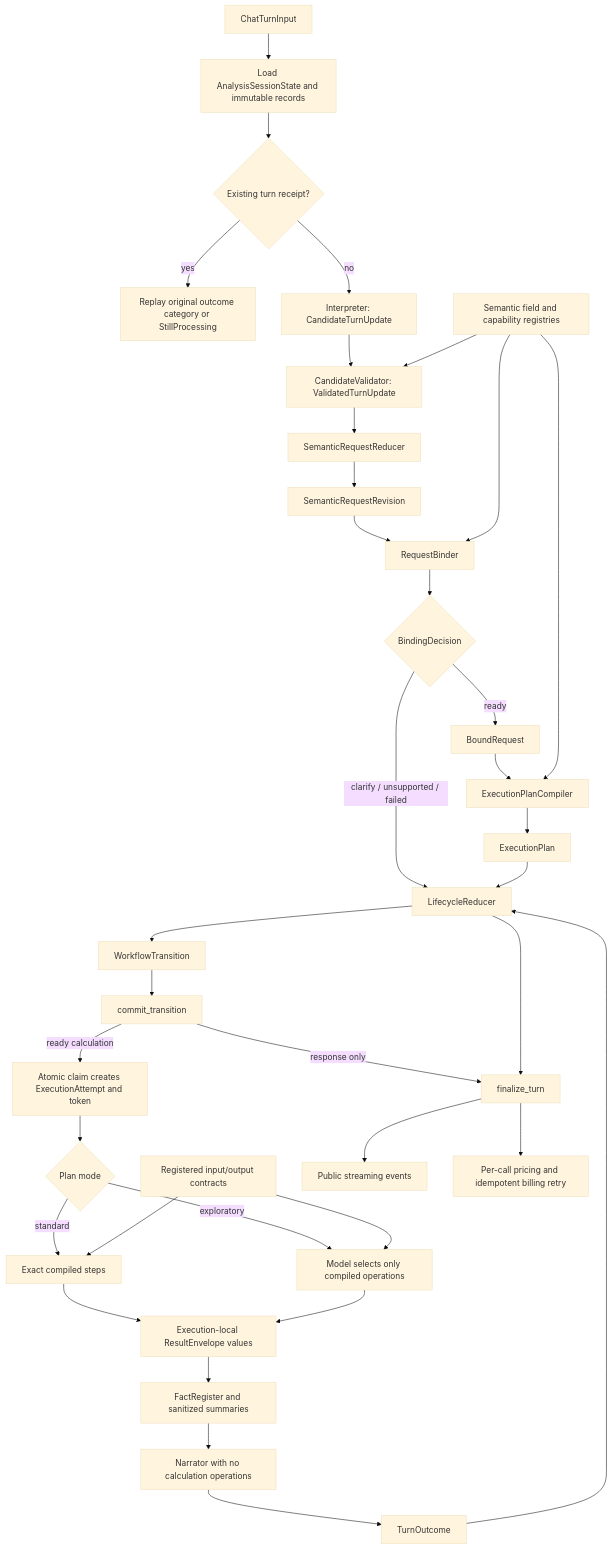
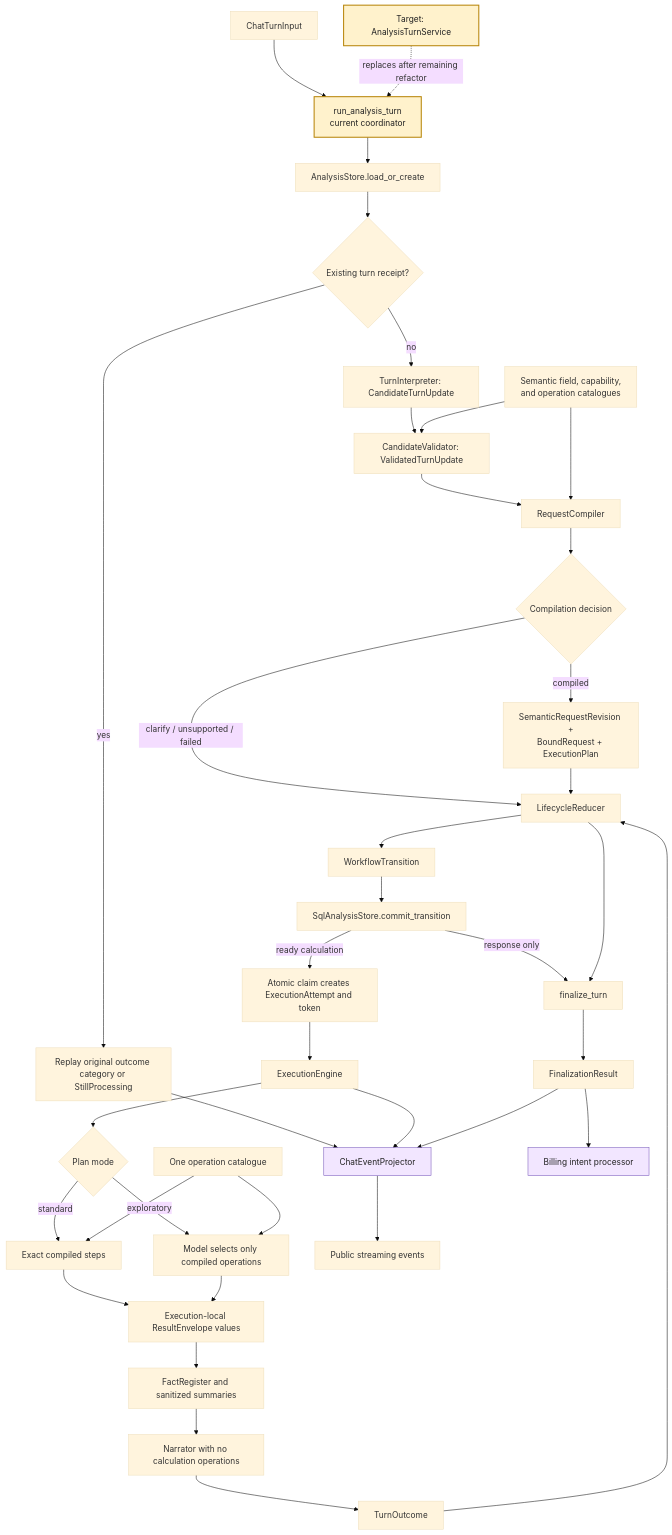
Before and after one commit to PolicyEngine/policyengine-uk-chat: the diagram in docs/engineering/skills/uk-chat-runtime.md, drawn with Mermaid (base theme). The commit also changed other lines of this file and 4 other files, not shown here.

Commit message:
Document current analysis compiler architecture

````diff
--- a/docs/engineering/skills/uk-chat-runtime.md
+++ b/docs/engineering/skills/uk-chat-runtime.md
@@ -43,38 +73,45 @@
 ```mermaid
 flowchart TB
-    Request["ChatTurnInput"] --> Load["Load AnalysisSessionState and immutable records"]
+    classDef transitional fill:#fff2cc,stroke:#b8860b,color:#222,stroke-width:2px
+    classDef adapter fill:#f2e6ff,stroke:#7455b8,color:#222
+
+    Request["ChatTurnInput"] --> Coordinator["run_analysis_turn<br/>current coordinator"]:::transitional
+    Coordinator --> Load["AnalysisStore.load_or_create"]
     Load --> Receipt{"Existing turn receipt?"}
     Receipt -->|yes| Replay["Replay original outcome category or StillProcessing"]
-    Receipt -->|no| Interpret["Interpreter: CandidateTurnUpdate"]
+    Receipt -->|no| Interpret["TurnInterpreter: CandidateTurnUpdate"]
     Interpret --> Validate["CandidateValidator: ValidatedTurnUpdate"]
-    Validate --> Semantic["SemanticRequestReducer"]
-    Semantic --> Revision["SemanticRequestRevision"]
-    Revision --> Bind["RequestBinder"]
-    Registry["Semantic field and capability registries"] --> Validate
-    Registry --> Bind
-    Bind --> Decision{"BindingDecision"}
+    Validate --> RequestCompiler["RequestCompiler"]
+    Registry["Semantic field, capability,<br/>and operation catalogues"] --> Validate
+    Registry --> RequestCompiler
+    RequestCompiler --> Decision{"Compilation decision"}
     Decision -->|clarify / unsupported / failed| Lifecycle["LifecycleReducer"]
-    Decision -->|ready| Bound["BoundRequest"]
-    Bound --> Compile["ExecutionPlanCompiler"]
-    Registry --> Compile
-    Compile --> Plan["ExecutionPlan"]
+    Decision -->|compiled| Plan["SemanticRequestRevision +<br/>BoundRequest + ExecutionPlan"]
     Plan --> Lifecycle
     Lifecycle --> Transition["WorkflowTransition"]
-    Transition --> Commit["commit_transition"]
+    Transition --> Commit["SqlAnalysisStore.commit_transition"]
     Commit -->|response only| Finalize["finalize_turn"]
     Commit -->|ready calculation| Claim["Atomic claim creates ExecutionAttempt and token"]
-    Claim --> Execute{"Plan mode"}
+    Claim --> Engine["ExecutionEngine"]
+    Engine --> Execute{"Plan mode"}
     Execute -->|standard| Standard["Exact compiled steps"]
     Execute -->|exploratory| Exploratory["Model selects only compiled operations"]
-    Operations["Registered input/output contracts"] --> Standard
+    Operations["One operation catalogue"] --> Standard
     Operations --> Exploratory
     Standard --> Results["Execution-local ResultEnvelope values"]
     Exploratory --> Results
     Results --> Facts["FactRegister and sanitized summaries"]
     Facts --> Narrate["Narrator with no calculation operations"]
     Narrate --> Outcome["TurnOutcome"]
     Outcome --> Lifecycle
     Lifecycle --> Finalize
-    Finalize --> Public["Public streaming events"]
-    Finalize --> Billing["Per-call pricing and idempotent billing retry"]
+    Finalize --> FinalResult["FinalizationResult"]
+    Replay --> Projector["ChatEventProjector"]:::adapter
+    Engine --> Projector
+    FinalResult --> Projector
+    Projector --> Public["Public streaming events"]
+    FinalResult --> Billing["Billing intent processor"]:::adapter
+
+    Target["Target: AnalysisTurnService"]:::transitional
+    Target -. replaces after remaining refactor .-> Coordinator
 ```
````
